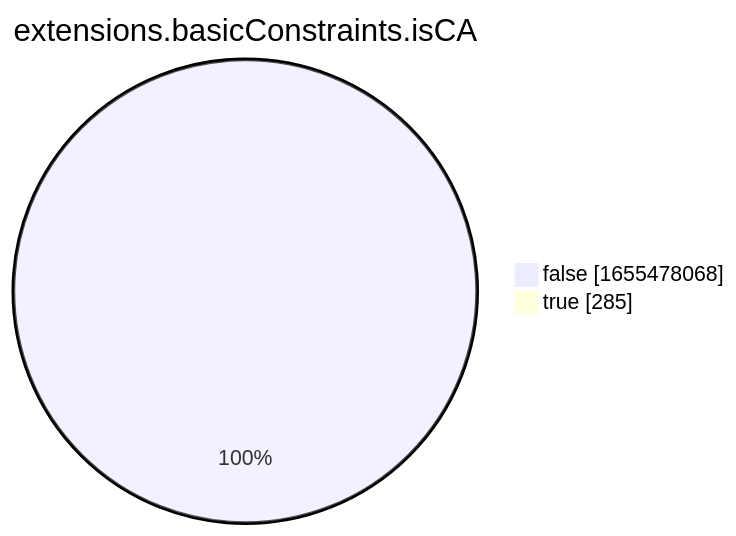
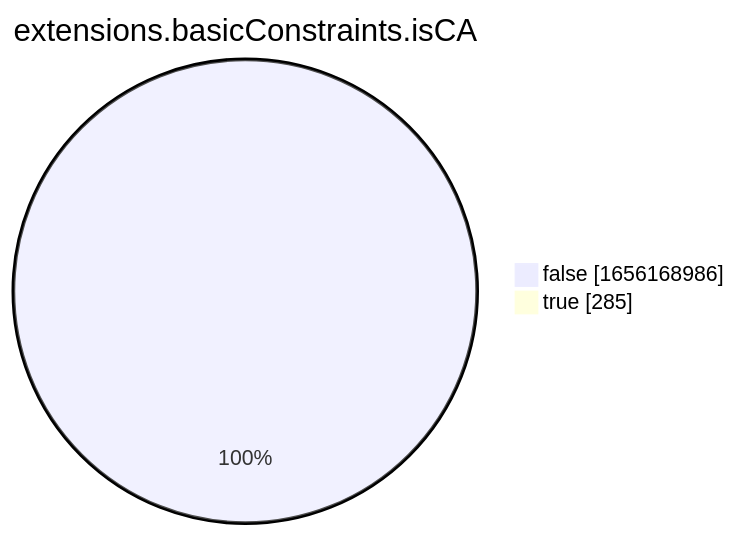
One commit to christiankrug/ctmonitor_visualization changed the eighth of 15 diagrams in xenon2022/README.md. Above: the diagram before and after it, drawn with Mermaid. The commit also changed other lines of this file, not shown here.

````diff
--- a/xenon2022/README.md
+++ b/xenon2022/README.md
@@ -2864,6 +2864,6 @@
 ```mermaid
 pie showData
 title extensions.basicConstraints.isCA
-"false" :1655478068
+"false" :1656168986
 "true" :285
 ```
````
